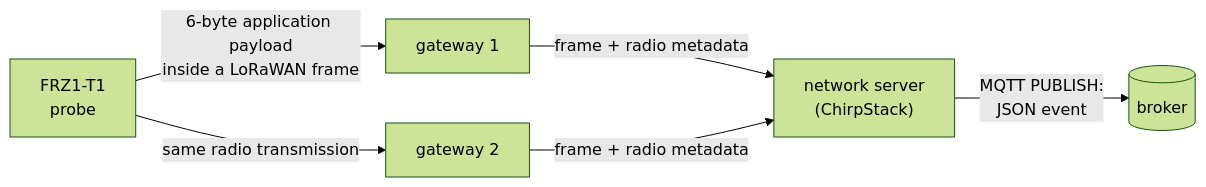
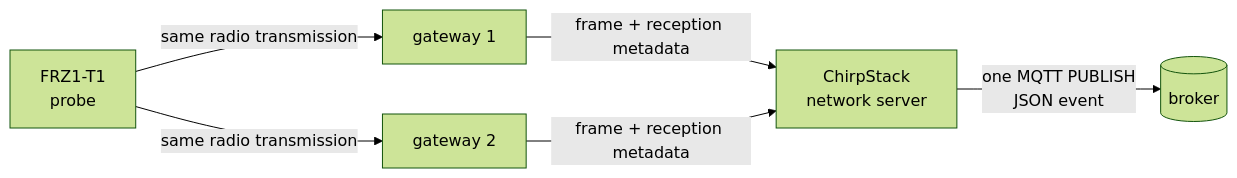
Before and after one commit to lmendiboure/IoT-Labs-UPPA: the fifth of 5 diagrams in lab1/README.md, drawn with Mermaid (forest theme). The commit also changed other lines of this file, not shown here.

````diff
--- a/lab1/README.md
+++ b/lab1/README.md
@@ -268,8 +339,8 @@
 ```mermaid
 flowchart LR
-    P["FRZ1-T1<br/>probe"] -- "6-byte application payload<br/>inside a LoRaWAN frame" --> G1["gateway 1"]
+    P["FRZ1-T1<br/>probe"] -- "same radio transmission" --> G1["gateway 1"]
     P -- "same radio transmission" --> G2["gateway 2"]
-    G1 -- "frame + radio metadata" --> NS["network server<br/>(ChirpStack)"]
-    G2 -- "frame + radio metadata" --> NS
-    NS -- "MQTT PUBLISH:<br/>JSON event" --> B[("broker")]
+    G1 -- "frame + reception metadata" --> NS["ChirpStack<br/>network server"]
+    G2 -- "frame + reception metadata" --> NS
+    NS -- "one MQTT PUBLISH<br/>JSON event" --> B[("broker")]
 ```
````
